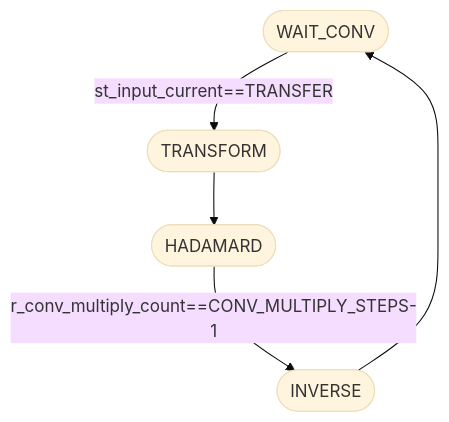
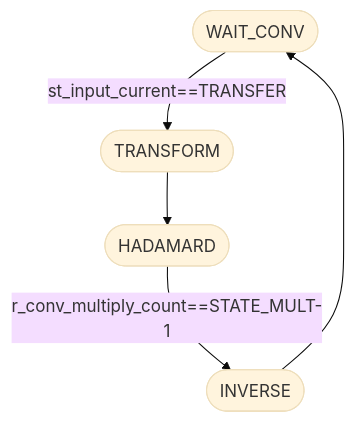
The second of 3 diagrams in rtl/control/README.md (tarsioonofrio/FastConv_SystemVerilog), drawn with Mermaid (base theme) before and after one commit. The commit also changed other lines of this file and 3 other files, not shown here.

````diff
--- a/rtl/control/README.md
+++ b/rtl/control/README.md
@@ -107,7 +113,7 @@
 ```mermaid
 flowchart TB
     WC(["WAIT_CONV"]) -->|"st_input_current==TRANSFER"| TRANSFORM(["TRANSFORM"])
     TRANSFORM --> H(["HADAMARD"])
-    H -->|"r_conv_multiply_count==CONV_MULTIPLY_STEPS-1"| INVERSE(["INVERSE"])
+    H -->|"r_conv_multiply_count==STATE_MULT-1"| INVERSE(["INVERSE"])
     INVERSE --> WC
 ```
````
